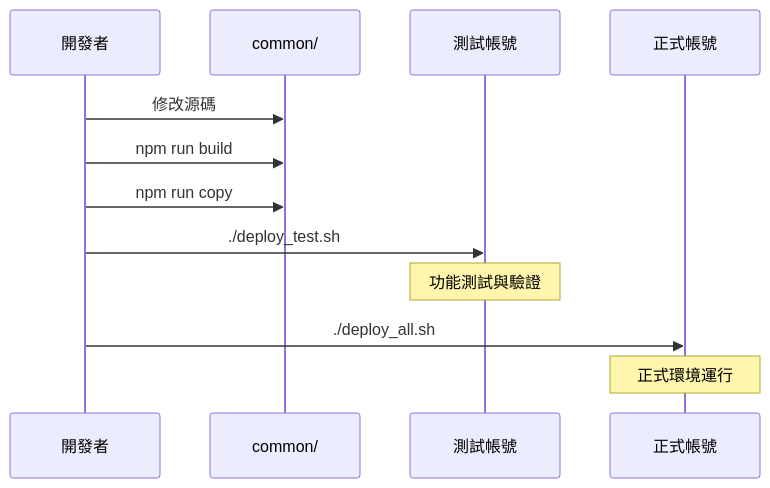
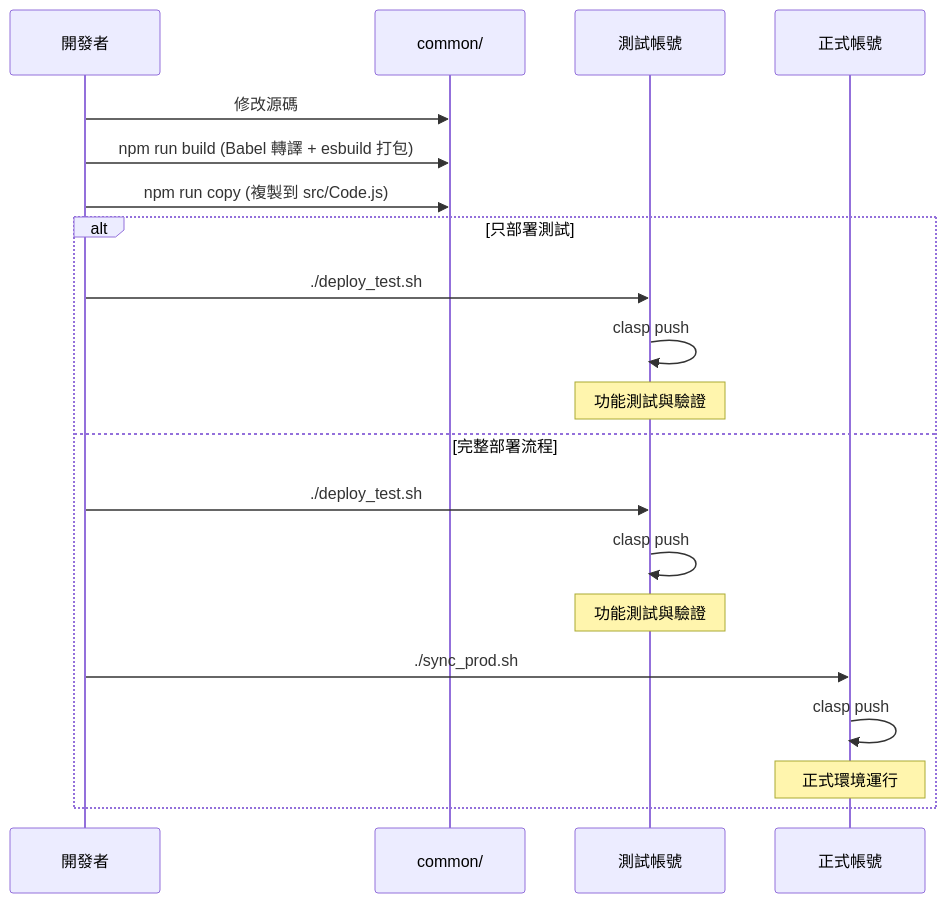
One commit to ctyeh/Gmail-Keyword-Alerts-AppsScript changed the second of 3 diagrams in README.md. Above: the diagram before and after it, drawn with Mermaid. The commit also changed other lines of this file and 2 other files, not shown here.

````diff
--- a/README.md
+++ b/README.md
@@ -251,15 +279,24 @@
 ```mermaid
 sequenceDiagram
     participant Dev as 開發者
     participant Common as common/
     participant Test as 測試帳號
     participant Prod as 正式帳號
 
     Dev->>Common: 修改源碼
-    Dev->>Common: npm run build
-    Dev->>Common: npm run copy
-    Dev->>Test: ./deploy_test.sh
-    Note over Test: 功能測試與驗證
-    Dev->>Prod: ./deploy_all.sh
-    Note over Prod: 正式環境運行
+    Dev->>Common: npm run build (Babel 轉譯 + esbuild 打包)
+    Dev->>Common: npm run copy (複製到 src/Code.js)
+    
+    alt 只部署測試
+        Dev->>Test: ./deploy_test.sh
+        Test->>Test: clasp push
+        Note over Test: 功能測試與驗證
+    else 完整部署流程
+        Dev->>Test: ./deploy_test.sh
+        Test->>Test: clasp push
+        Note over Test: 功能測試與驗證
+        Dev->>Prod: ./sync_prod.sh
+        Prod->>Prod: clasp push
+        Note over Prod: 正式環境運行
+    end
 ```
````
